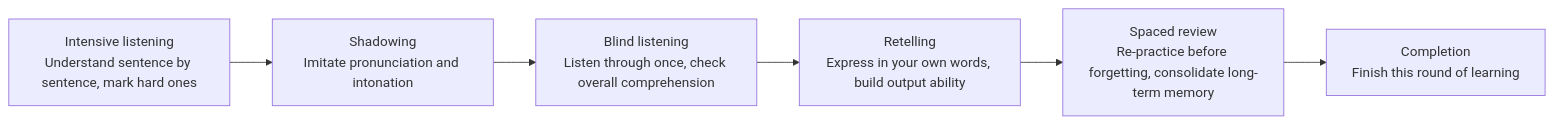
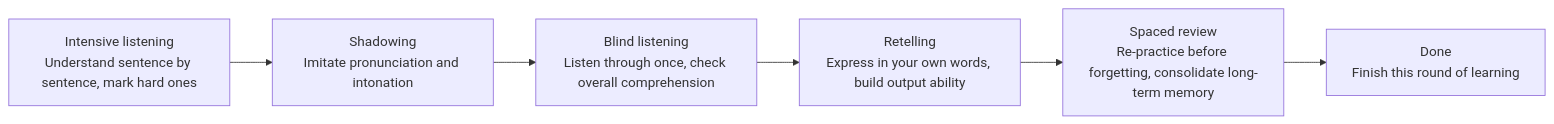
Before and after one commit to iron6909/loop-back: the diagram in README.en.md, drawn with Mermaid. The commit also changed other lines of this file and 2 other files, not shown here.

````diff
--- a/README.en.md
+++ b/README.en.md
@@ -104,8 +98,8 @@
 ```mermaid
 flowchart LR
   A[Intensive listening<br/>Understand sentence by sentence, mark hard ones] --> B[Shadowing<br/>Imitate pronunciation and intonation]
   B --> C[Blind listening<br/>Listen through once, check overall comprehension]
   C --> D[Retelling<br/>Express in your own words, build output ability]
   D --> E[Spaced review<br/>Re-practice before forgetting, consolidate long-term memory]
-  E --> F[Completion<br/>Finish this round of learning]
+  E --> F[Done<br/>Finish this round of learning]
 ```
````
